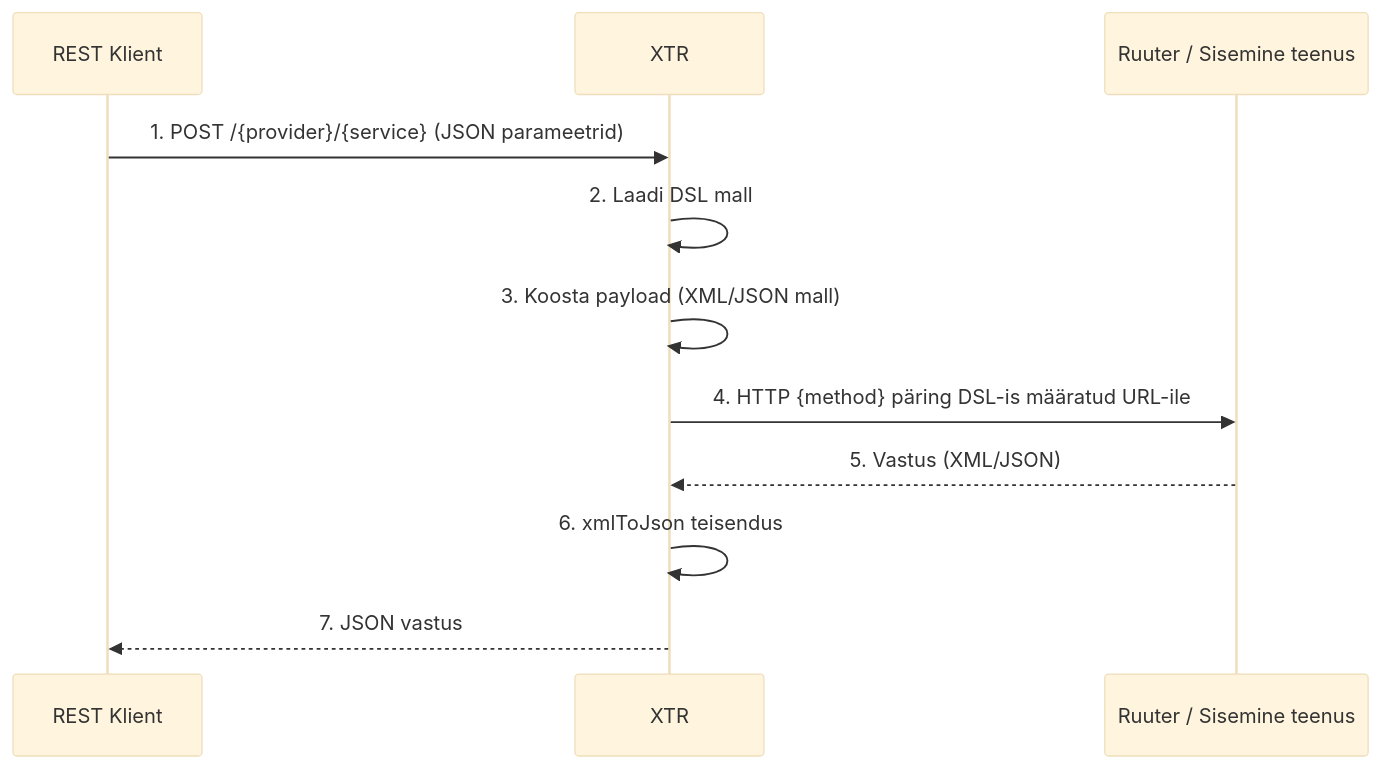
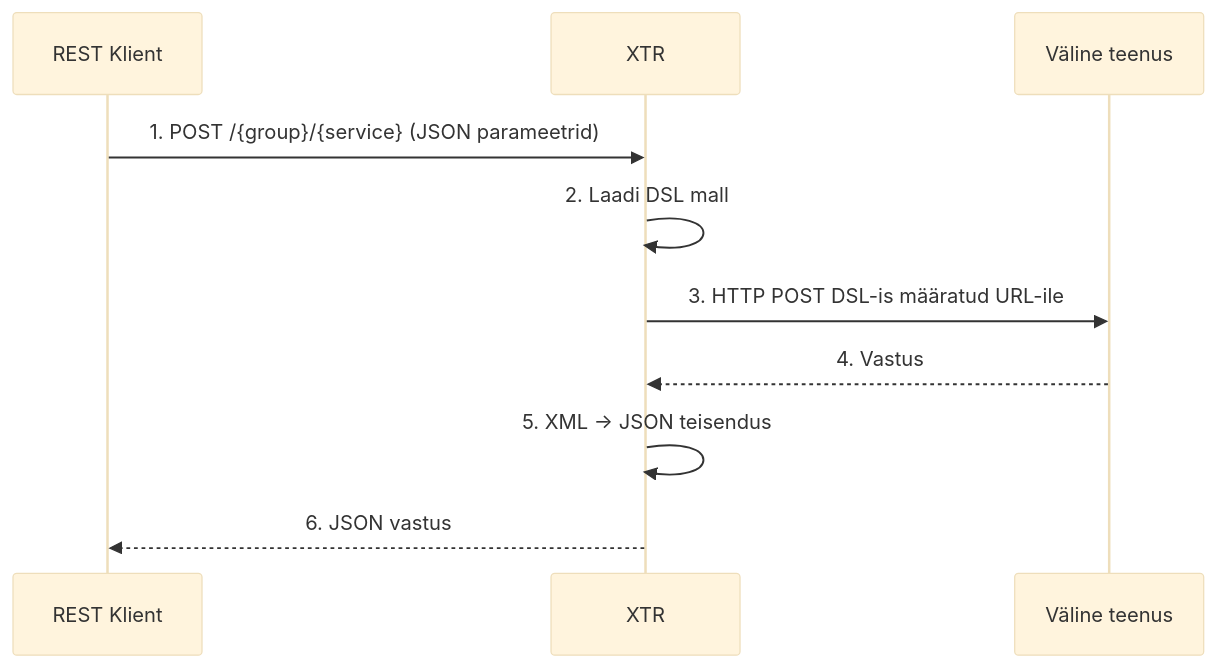
The third of 3 diagrams in docs/xtee_implementatsioon.md (kemit-ee/ljvis-2), drawn with Mermaid (base theme) before and after one commit. The commit also changed other lines of this file, not shown here.

Commit message:
docs(xtee): update to Rust XTR — xtr.yaml config, generate.* helpers, DMapper pattern, WSDL folder-drop, AR identifiers

````diff
--- a/docs/xtee_implementatsioon.md
+++ b/docs/xtee_implementatsioon.md
@@ -86,14 +98,13 @@
 ```mermaid
 sequenceDiagram
     participant Klient as REST Klient
     participant XTR as XTR
-    participant Ruuter as Ruuter / Sisemine teenus
+    participant Teenus as Väline teenus
 
-    Klient->>XTR: 1. POST /{provider}/{service} (JSON parameetrid)
+    Klient->>XTR: 1. POST /{group}/{service} (JSON parameetrid)
     XTR->>XTR: 2. Laadi DSL mall
-    XTR->>XTR: 3. Koosta payload (XML/JSON mall)
-    XTR->>Ruuter: 4. HTTP {method} päring DSL-is määratud URL-ile
-    Ruuter-->>XTR: 5. Vastus (XML/JSON)
-    XTR->>XTR: 6. xmlToJson teisendus
-    XTR-->>Klient: 7. JSON vastus
+    XTR->>Teenus: 3. HTTP POST DSL-is määratud URL-ile
+    Teenus-->>XTR: 4. Vastus
+    XTR->>XTR: 5. XML → JSON teisendus
+    XTR-->>Klient: 6. JSON vastus
 ```
````
